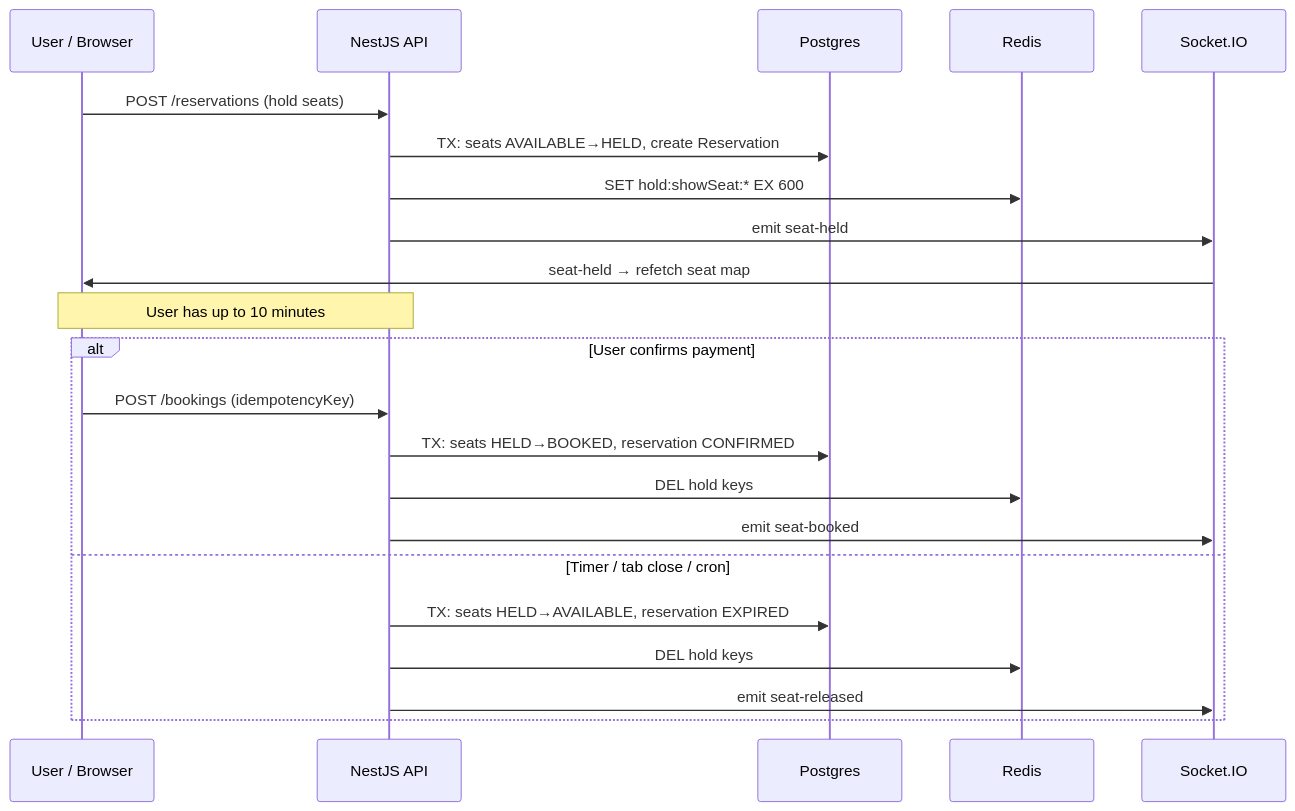
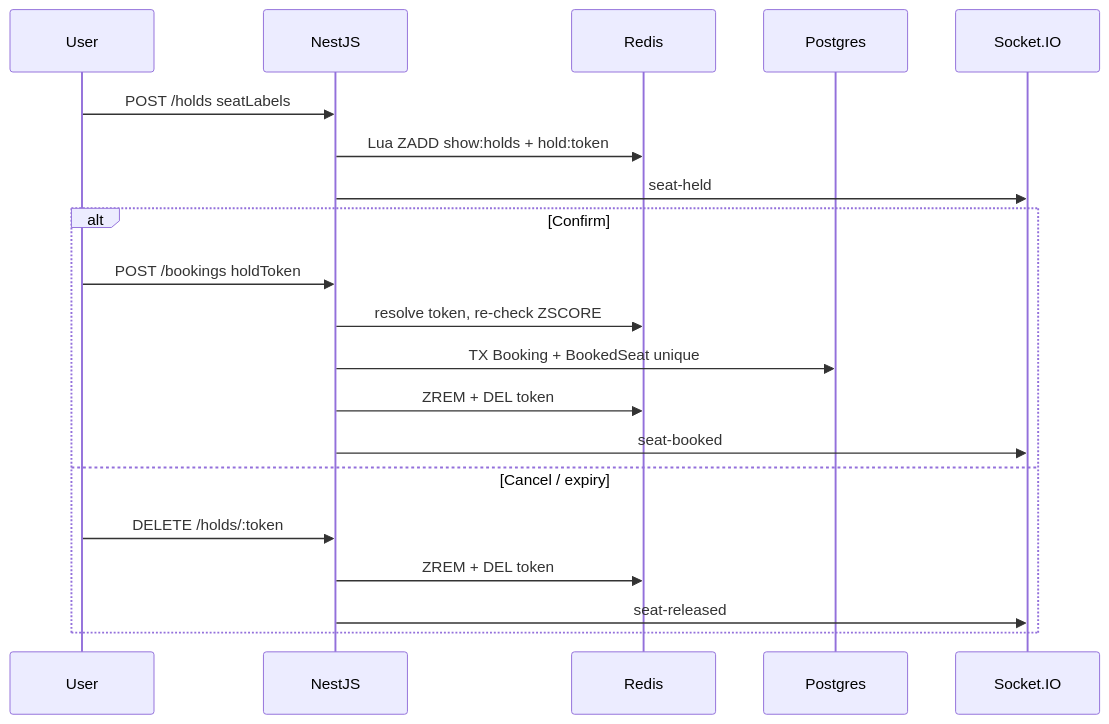
One commit to 02Ravi/bookmyshow changed the diagram in docs/CORE_SYSTEM_DESIGN.md. Above: the diagram before and after it, drawn with Mermaid. The commit also changed other lines of this file and 62 other files, not shown here.

First line of the commit message:
refactor: overhaul booking and hold management system

````diff
--- a/docs/CORE_SYSTEM_DESIGN.md
+++ b/docs/CORE_SYSTEM_DESIGN.md
@@ -378,27 +175,24 @@
 ```mermaid
 sequenceDiagram
-  participant U as User / Browser
-  participant API as NestJS API
+  participant U as User
+  participant API as NestJS
+  participant RD as Redis
   participant PG as Postgres
-  participant RD as Redis
   participant WS as Socket.IO
 
-  U->>API: POST /reservations (hold seats)
-  API->>PG: TX: seats AVAILABLE→HELD, create Reservation
-  API->>RD: SET hold:showSeat:* EX 600
-  API->>WS: emit seat-held
-  WS->>U: seat-held → refetch seat map
+  U->>API: POST /holds seatLabels
+  API->>RD: Lua ZADD show:holds + hold:token
+  API->>WS: seat-held
 
-  Note over U,API: User has up to 10 minutes
-
-  alt User confirms payment
-    U->>API: POST /bookings (idempotencyKey)
-    API->>PG: TX: seats HELD→BOOKED, reservation CONFIRMED
-    API->>RD: DEL hold keys
-    API->>WS: emit seat-booked
-  else Timer / tab close / cron
-    API->>PG: TX: seats HELD→AVAILABLE, reservation EXPIRED
-    API->>RD: DEL hold keys
-    API->>WS: emit seat-released
+  alt Confirm
+    U->>API: POST /bookings holdToken
+    API->>RD: resolve token, re-check ZSCORE
+    API->>PG: TX Booking + BookedSeat unique
+    API->>RD: ZREM + DEL token
+    API->>WS: seat-booked
+  else Cancel / expiry
+    U->>API: DELETE /holds/:token
+    API->>RD: ZREM + DEL token
+    API->>WS: seat-released
   end
 ```
````
